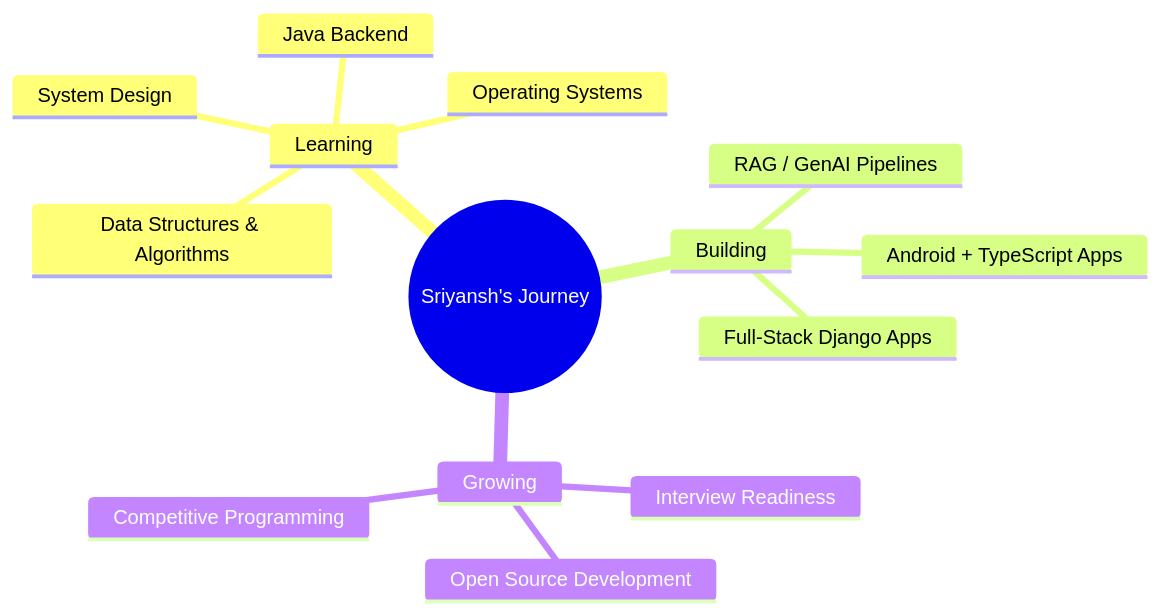
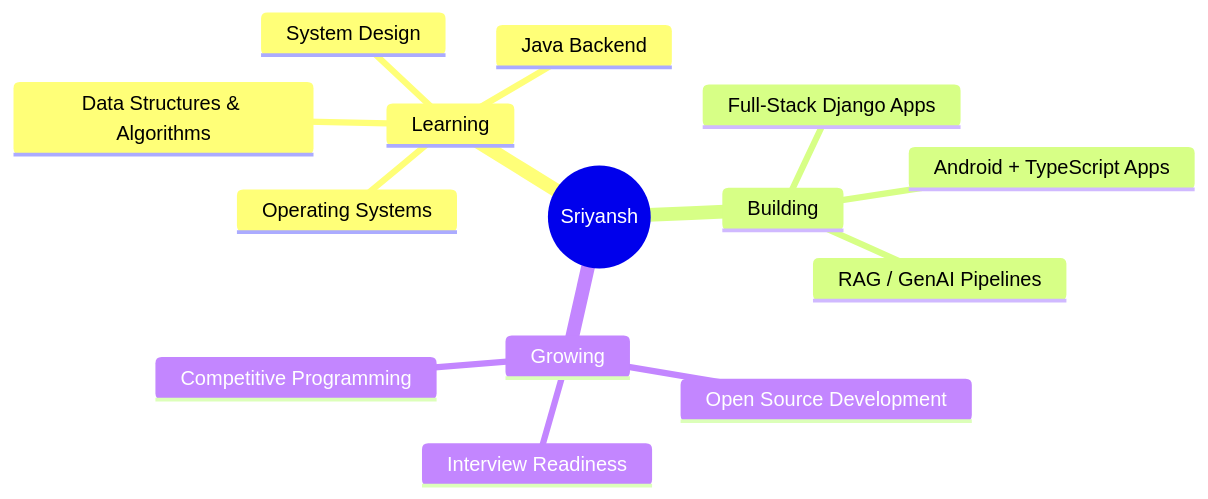
The diagram in README.md (sriyansh-dev/sriyansh-dev), drawn with Mermaid before and after one commit.

Commit message:
Update mindmap root name in README

````diff
--- a/README.md
+++ b/README.md
@@ -225,17 +225,17 @@
 ```mermaid
 mindmap
-  root((Sriyansh's Journey))
+  root((Sriyansh))
     Learning
       Data Structures & Algorithms
       System Design
       Operating Systems
       Java Backend
     Building
       RAG / GenAI Pipelines
       Full-Stack Django Apps
       Android + TypeScript Apps
     Growing
       Open Source Development
       Interview Readiness
       Competitive Programming
 ```
````
